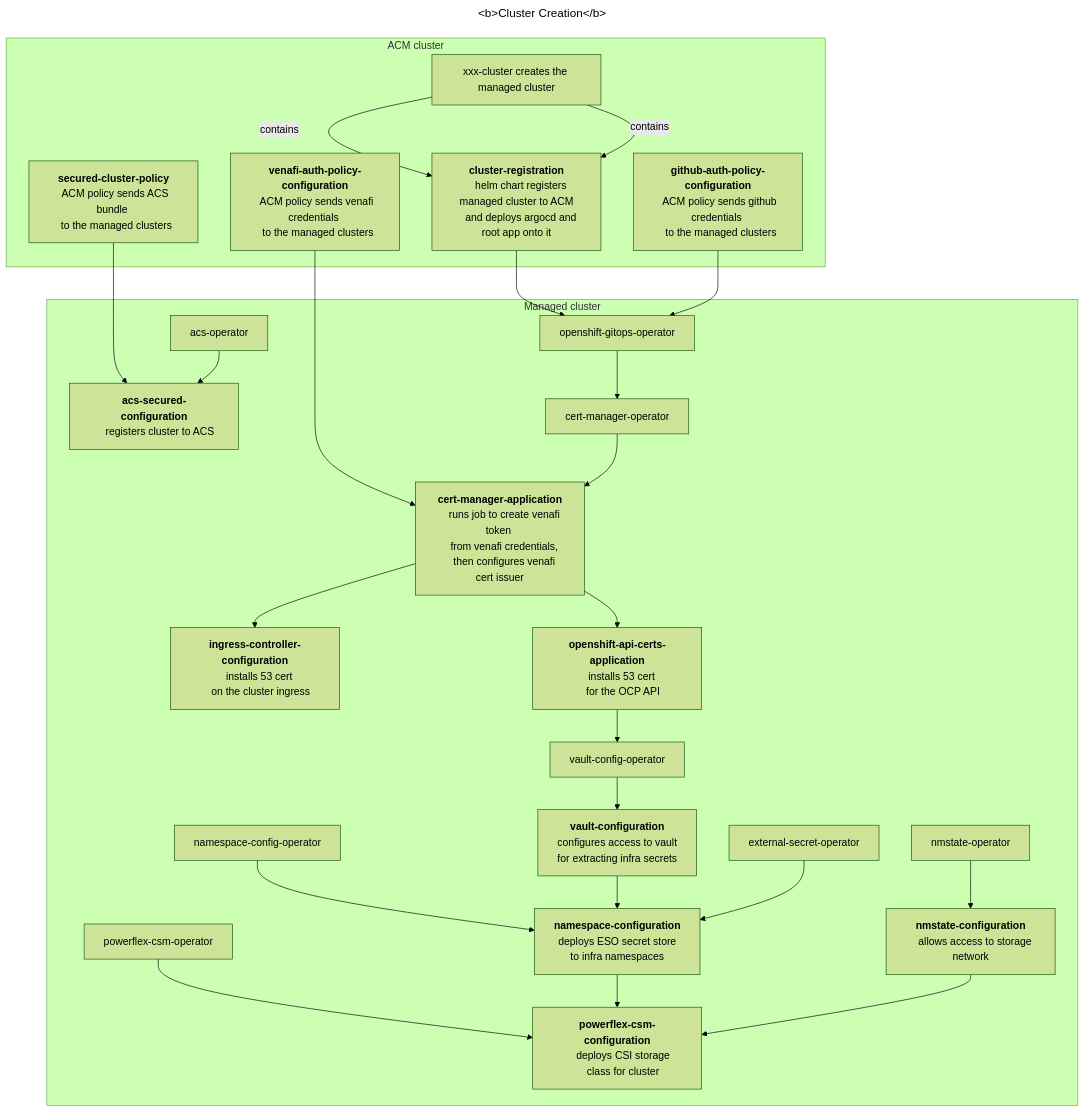
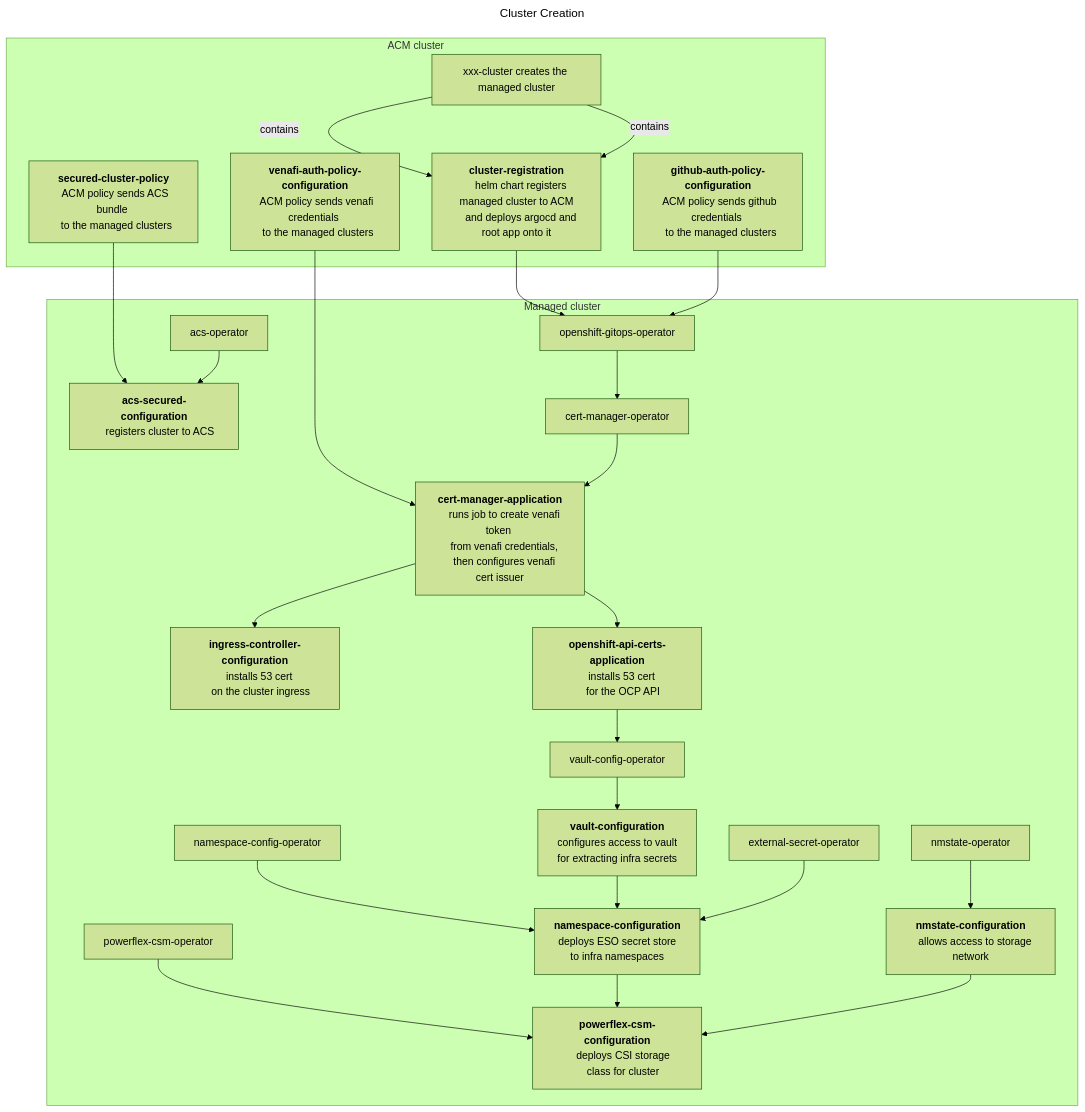
Before and after one commit to mmwillingham/acm: the diagram in test-mermaid/test-mermaid.build.md, drawn with Mermaid (forest theme).

````diff
--- a/test-mermaid/test-mermaid.build.md
+++ b/test-mermaid/test-mermaid.build.md
@@ -2,58 +2,58 @@
 ```mermaid
 ---
-title: "<b>Cluster Creation</b>"
+title: Cluster Creation
 ---
 flowchart TD
 venafi-auth-policy-configuration --> cert-manager-application
 cluster-registration --> openshift-gitops-operator
 github-auth-policy-configuration --> openshift-gitops-operator
 secured-cluster-policy --> acs-secured-configuration
 subgraph ACM cluster
 xxx-cluster["xxx-cluster creates the managed cluster"] -- contains --> cluster-registration["<b>cluster-registration</b>
   helm chart registers managed cluster to ACM
   and deploys argocd and root app onto it"]
 venafi-auth-policy-configuration["<b>venafi-auth-policy-configuration</b>
   ACM policy sends venafi credentials 
   to the managed clusters"]
 github-auth-policy-configuration["<b>github-auth-policy-configuration</b>
   ACM policy sends github credentials 
   to the managed clusters"]
 secured-cluster-policy["<b>secured-cluster-policy</b>
   ACM policy sends ACS bundle 
   to the managed clusters"]
 end
 subgraph Managed cluster
 xxx-cluster["xxx-cluster creates the managed cluster"] -- contains --> cluster-registration["<b>cluster-registration</b>
     helm chart registers managed cluster to ACM
     and deploys argocd and root app onto it"]
 openshift-gitops-operator --> cert-manager-operator
 cert-manager-operator --> cert-manager-application["<b>cert-manager-application</b>
     runs job to create venafi token 
     from venafi credentials, 
     then configures venafi cert issuer"]
 cert-manager-application --> ingress-controller-configuration["<b>ingress-controller-configuration</b>
     installs 53 cert 
     on the cluster ingress"]
 cert-manager-application --> openshift-api-certs-application["<b>openshift-api-certs-application</b>
     installs 53 cert 
     for the OCP API"]    
 openshift-api-certs-application --> vault-config-operator
 vault-config-operator --> vault-configuration["<b>vault-configuration</b>
     configures access to vault 
     for extracting infra secrets"]
 nmstate-operator --> nmstate-configuration["<b>nmstate-configuration</b>
     allows access to storage network"]
 namespace-config-operator --> namespace-configuration["<b>namespace-configuration</b>
     deploys ESO secret store 
     to infra namespaces"]
 vault-configuration --> namespace-configuration
 external-secret-operator --> namespace-configuration
 powerflex-csm-operator --> powerflex-csm-configuration["<b>powerflex-csm-configuration</b>
     deploys CSI storage
     class for cluster"]
 namespace-configuration --> powerflex-csm-configuration
 nmstate-configuration --> powerflex-csm-configuration
 acs-operator --> acs-secured-configuration["<b>acs-secured-configuration</b>
     registers cluster to ACS"]    
 end
 ```
````
